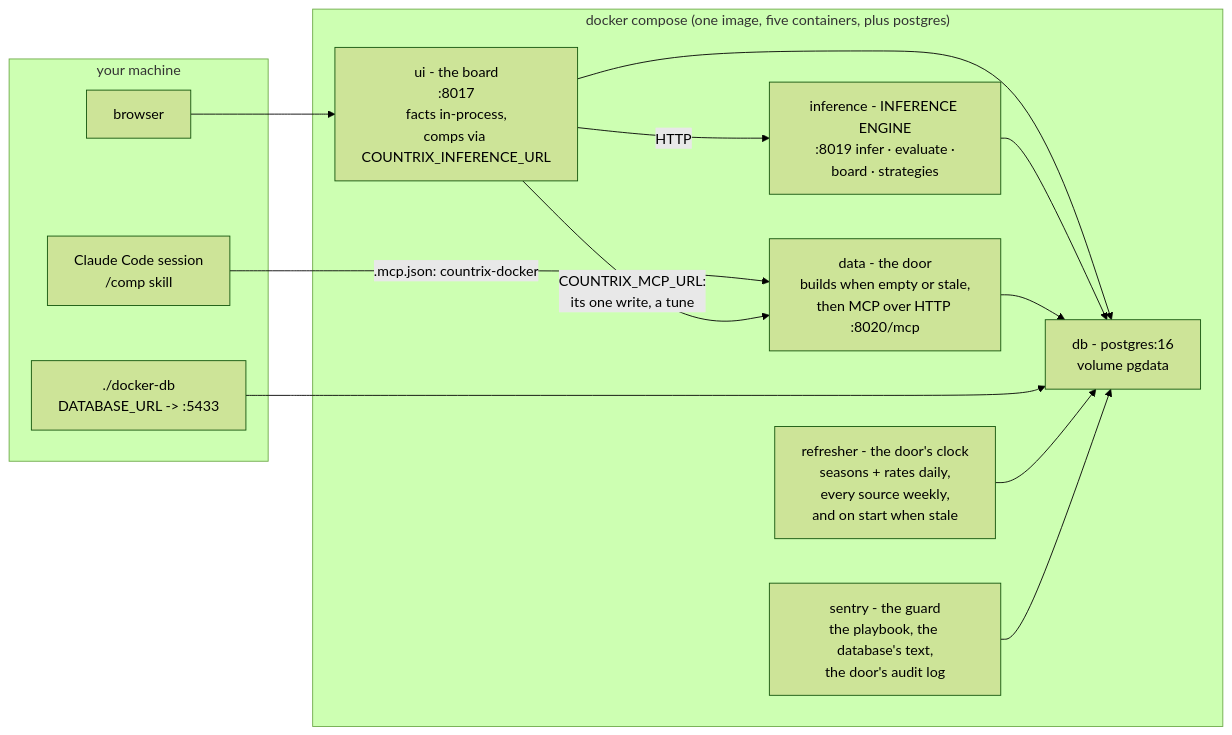
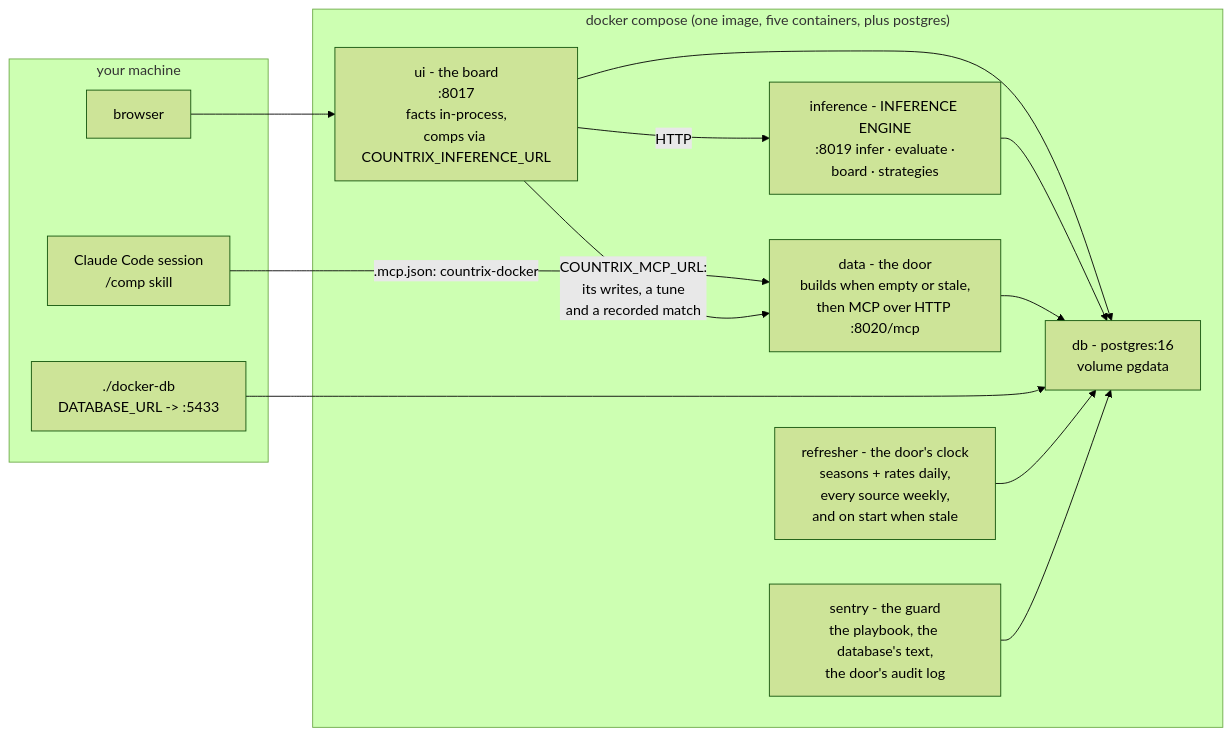
One commit to mmikol/counter-utility-matrix changed the second of 2 diagrams in docs/architecture.md. Above: the diagram before and after it, drawn with Mermaid (forest theme). The commit also changed other lines of this file and 7 other files, not shown here.

````diff
--- a/docs/architecture.md
+++ b/docs/architecture.md
@@ -111,26 +122,26 @@
 ```mermaid
 flowchart LR
     subgraph HOST["your machine"]
         SESSION["Claude Code session<br/>/comp skill"]
         BROWSER["browser"]
         SHELL["./docker-db<br/>DATABASE_URL -> :5433"]
     end
     subgraph DOCKER["docker compose (one image, five containers, plus postgres)"]
         DATA["data - the door<br/>builds when empty or stale,<br/>then MCP over HTTP :8020/mcp"]
         INF["inference - INFERENCE ENGINE<br/>:8019 infer · evaluate ·<br/>board · strategies"]
         UI["ui - the board<br/>:8017<br/>facts in-process,<br/>comps via COUNTRIX_INFERENCE_URL"]
         DBC["db - postgres:16<br/>volume pgdata"]
         REF["refresher - the door's clock<br/>seasons + rates daily,<br/>every source weekly,<br/>and on start when stale"]
         SEN["sentry - the guard<br/>the playbook, the database's text,<br/>the door's audit log"]
     end
     SESSION -->|".mcp.json: countrix-docker"| DATA
     BROWSER --> UI
     UI -->|"HTTP"| INF
-    UI -->|"COUNTRIX_MCP_URL:<br/>its one write, a tune"| DATA
+    UI -->|"COUNTRIX_MCP_URL:<br/>its writes, a tune<br/>and a recorded match"| DATA
     UI --> DBC
     INF --> DBC
     DATA --> DBC
     SHELL --> DBC
     REF --> DBC
     SEN --> DBC
 ```
````
